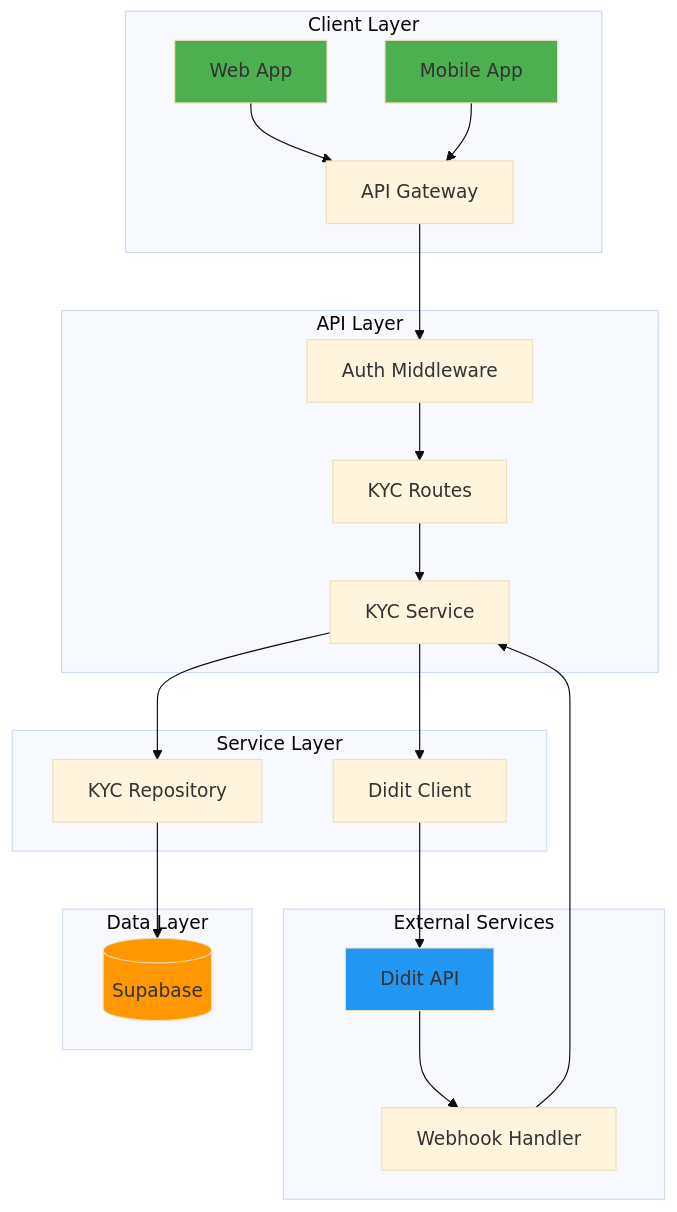
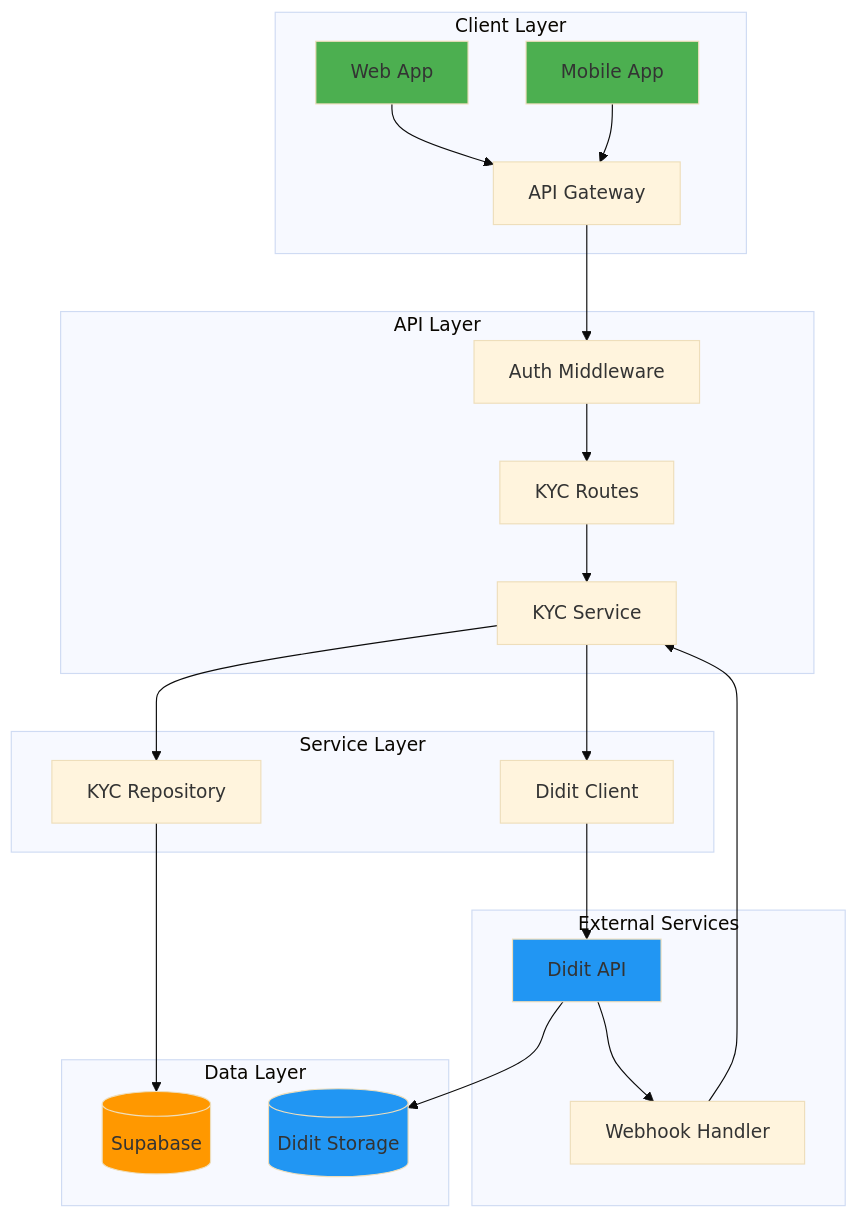
The second of 2 diagrams in docs/content/Security Considerations/Data Privacy & KYC Protection.md (ProTechPh/FreelanceXchain-api), drawn with Mermaid (base theme) before and after one commit. The commit also changed other lines of this file and 92 other files, not shown here.

````diff
--- a/docs/content/Security Considerations/Data Privacy & KYC Protection.md
+++ b/docs/content/Security Considerations/Data Privacy & KYC Protection.md
@@ -360,33 +270,35 @@
 ```mermaid
 graph TD
     subgraph "Client Layer"
         A[Web App] --> B[API Gateway]
         M[Mobile App] --> B
     end
     
     subgraph "API Layer"
         B --> C[Auth Middleware]
         C --> D[KYC Routes]
         D --> E[KYC Service]
     end
     
     subgraph "Service Layer"
         E --> F[Didit Client]
         E --> G[KYC Repository]
     end
     
     subgraph "External Services"
         F --> H[Didit API]
         H --> I[Webhook Handler]
         I --> E
     end
     
     subgraph "Data Layer"
         G --> J[(Supabase)]
+        H --> K[(Didit Storage)]
     end
     
     style A fill:#4CAF50
     style M fill:#4CAF50
     style H fill:#2196F3
     style J fill:#FF9800
+    style K fill:#2196F3
 ```
````
